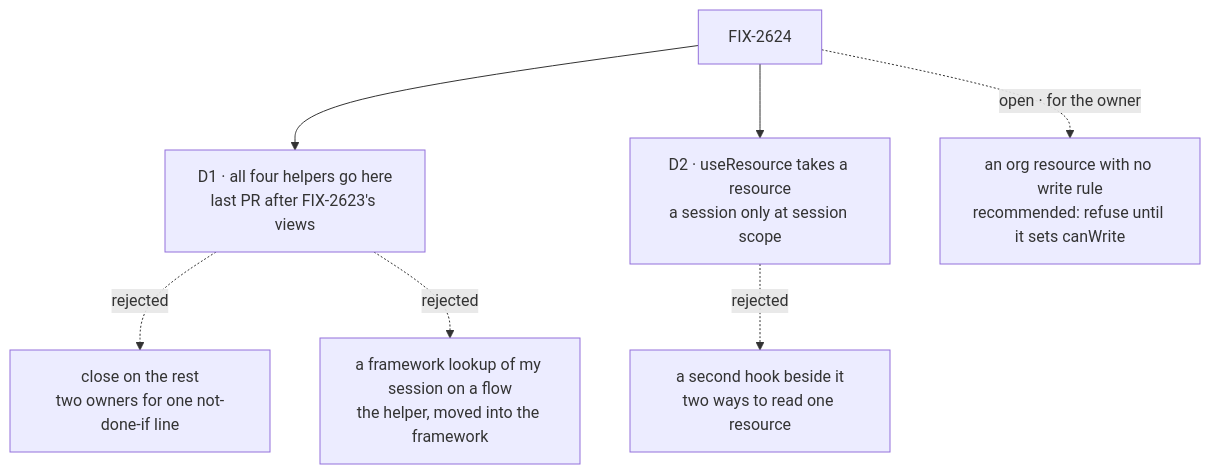
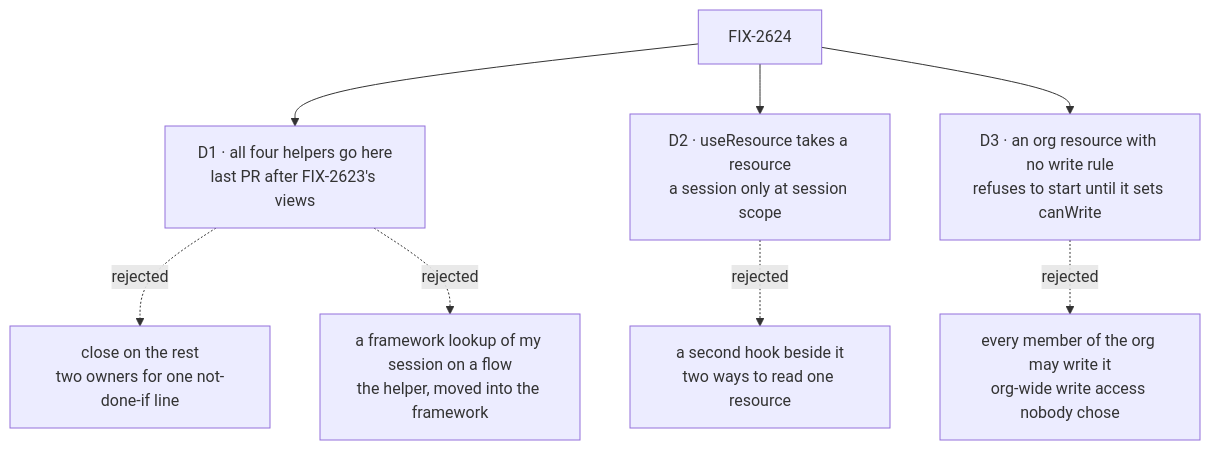
The diagram in specs/issues/FIX-2624/DECISIONS.md (fixpoint-labs/flow-state-dev), drawn with Mermaid before and after one commit. The commit also changed other lines of this file and 38 other files, not shown here.

````diff
--- a/specs/issues/FIX-2624/DECISIONS.md
+++ b/specs/issues/FIX-2624/DECISIONS.md
@@ -11,9 +11,10 @@
 ```mermaid
 flowchart TD
   I["FIX-2624"] --> D1["D1 · all four helpers go here<br/>last PR after FIX-2623's views"]
   D1 -.->|"rejected"| X1["close on the rest<br/>two owners for one not-done-if line"]
   D1 -.->|"rejected"| X2["a framework lookup of my session on a flow<br/>the helper, moved into the framework"]
   I --> D2["D2 · useResource takes a resource<br/>a session only at session scope"]
   D2 -.->|"rejected"| X3["a second hook beside it<br/>two ways to read one resource"]
-  I -.->|"open · for the owner"| O1["an org resource with no write rule<br/>recommended: refuse until it sets canWrite"]
+  I --> O1["D3 · an org resource with no write rule<br/>refuses to start until it sets canWrite"]
+  O1 -.->|"rejected"| X4["every member of the org may write it<br/>org-wide write access nobody chose"]
 ```
````
